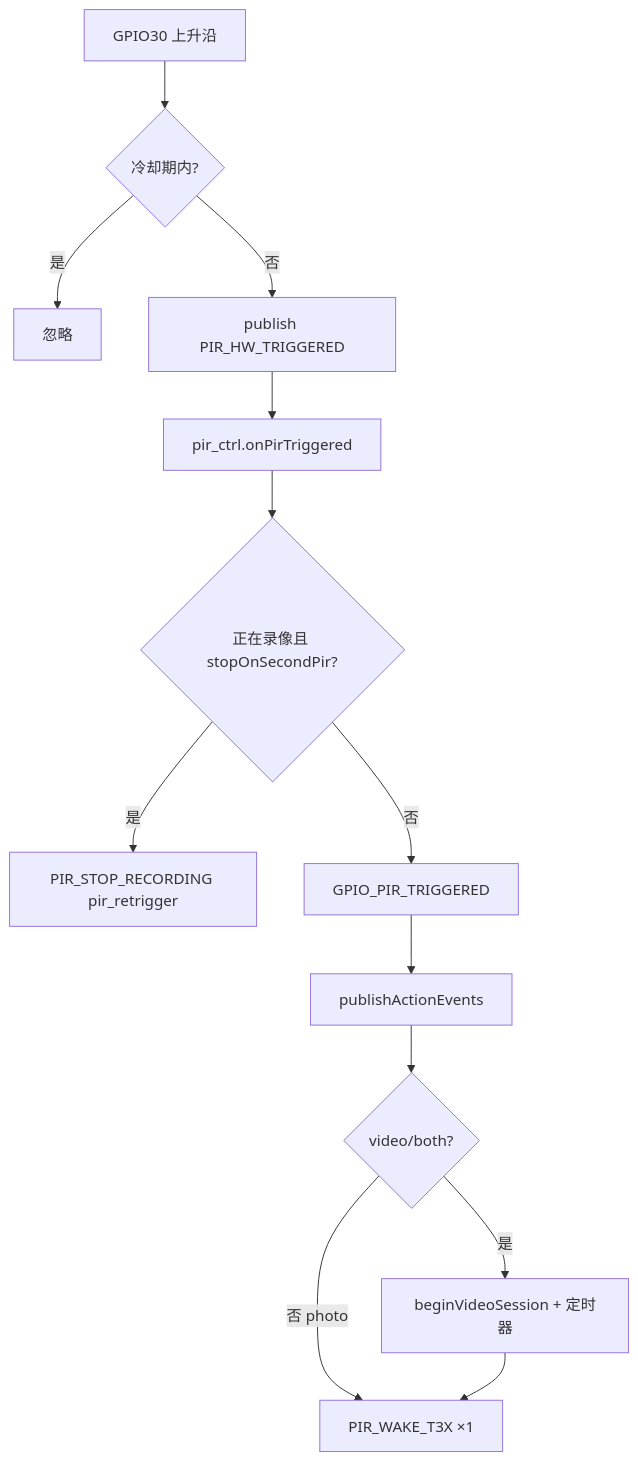
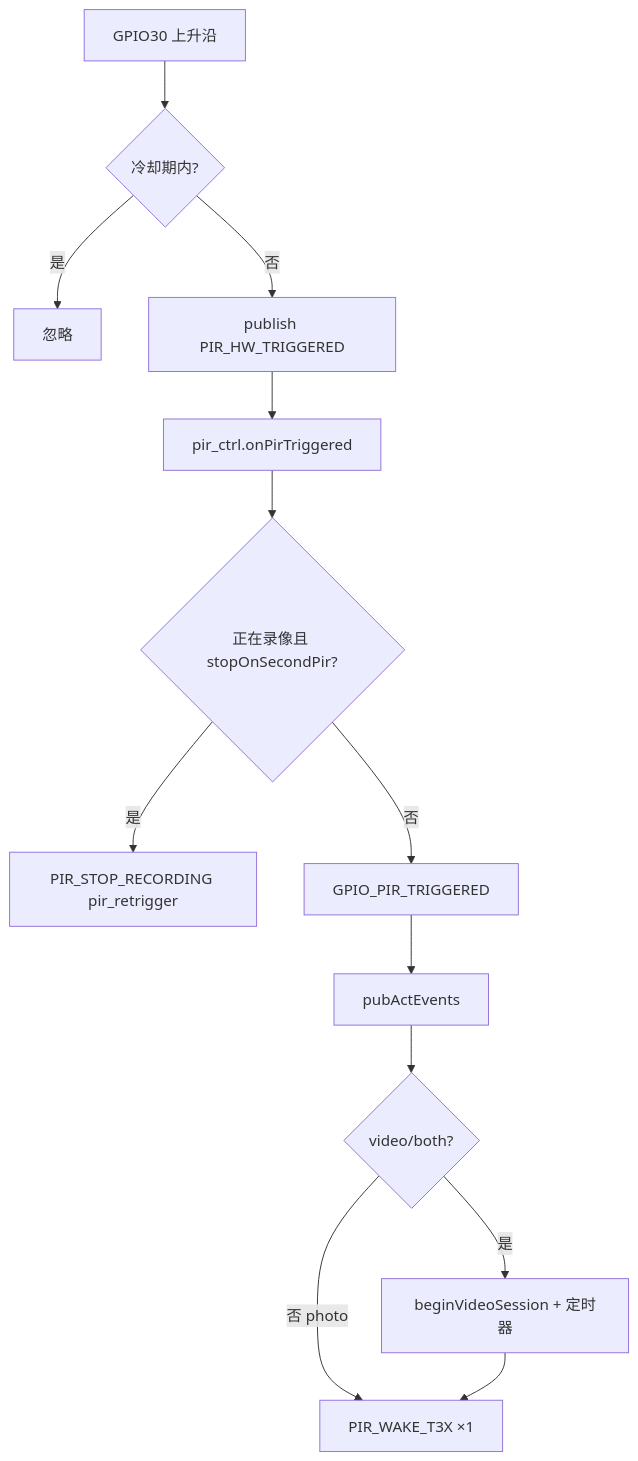
Before and after one commit to dzr1986/AIR780EHM: the fourth of 4 diagrams in doc/PIR_HARDWARE.md, drawn with Mermaid. The commit also changed other lines of this file and 84 other files, not shown here.

````diff
--- a/doc/PIR_HARDWARE.md
+++ b/doc/PIR_HARDWARE.md
@@ -167,15 +167,15 @@
 ```mermaid
 flowchart TD
     A[GPIO30 上升沿] --> B{冷却期内?}
     B -->|是| Z[忽略]
     B -->|否| C[publish PIR_HW_TRIGGERED]
     C --> D[pir_ctrl.onPirTriggered]
     D --> E{正在录像且 stopOnSecondPir?}
     E -->|是| F[PIR_STOP_RECORDING pir_retrigger]
     E -->|否| G[GPIO_PIR_TRIGGERED]
-    G --> H[publishActionEvents]
+    G --> H[pubActEvents]
     H --> I{video/both?}
     I -->|是| K[beginVideoSession + 定时器]
     I -->|否 photo| J
     K --> J[PIR_WAKE_T3X ×1]
 ```
````
